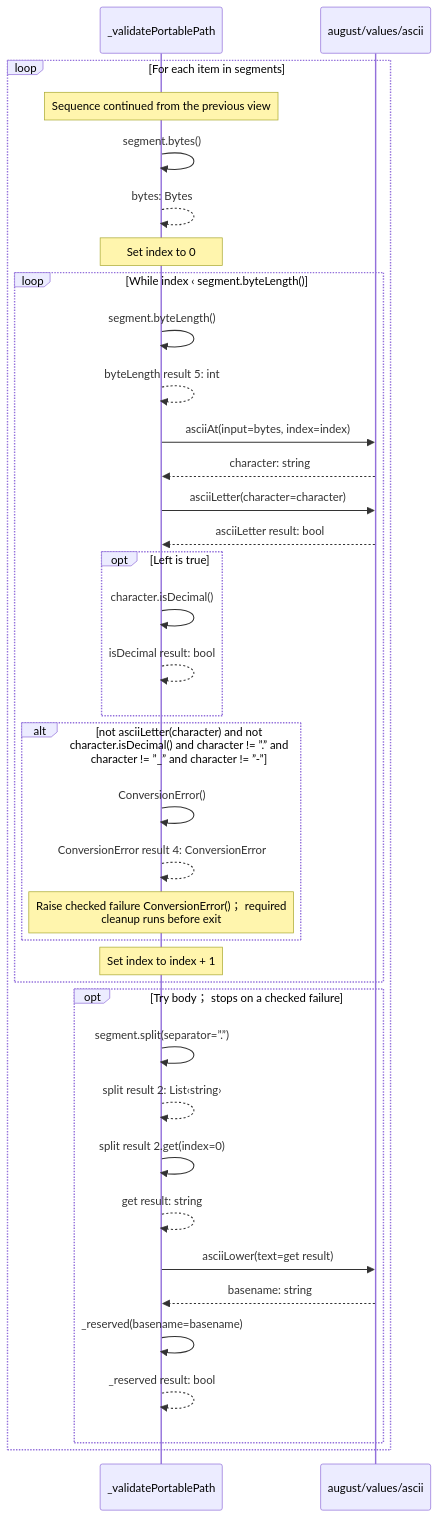
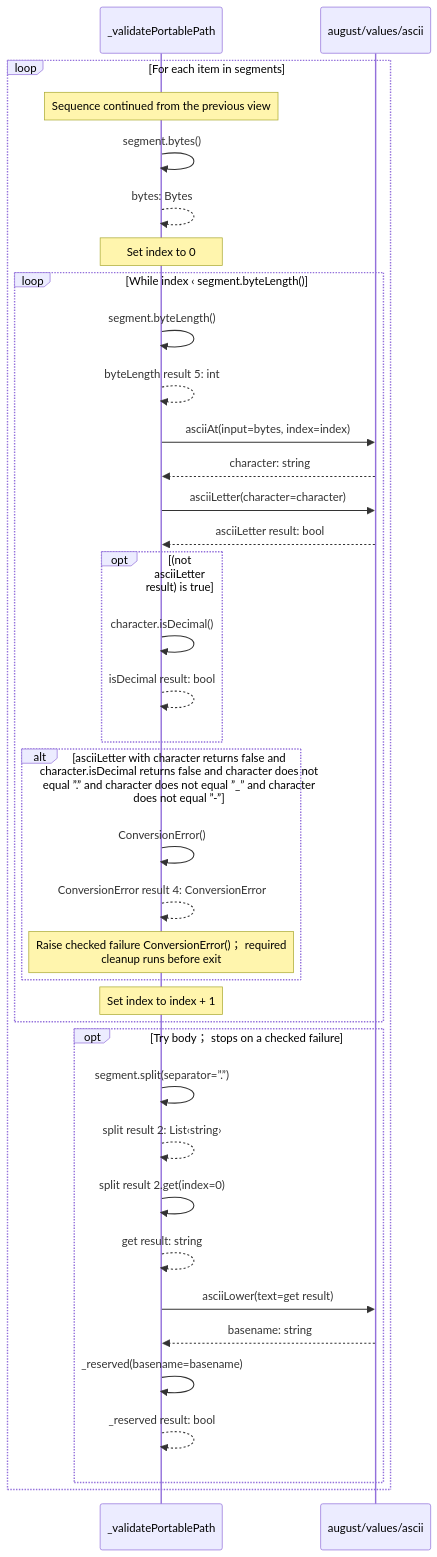
Before and after one commit to GreenPandaStudios/augscript: the sixth of 7 diagrams in src/stdlib/values/paths.aug.diagrams.md, drawn with Mermaid. The commit also changed other lines of this file and 658 other files, not shown here.

````diff
--- a/src/stdlib/values/paths.aug.diagrams.md
+++ b/src/stdlib/values/paths.aug.diagrams.md
@@ -135,39 +164,39 @@
 ```mermaid
 sequenceDiagram
     participant p0 as _validatePortablePath
     participant p1 as august/values/ascii
     loop For each item in segments
     Note over p0: Sequence continued from the previous view
     p0->>p0: segment.bytes()
     p0-->>p0: bytes: Bytes
     Note over p0: Set index to 0
     loop While index ‹ segment.byteLength()
     p0->>p0: segment.byteLength()
     p0-->>p0: byteLength result 5: int
     p0->>p1: asciiAt(input=bytes, index=index)
     p1-->>p0: character: string
     p0->>p1: asciiLetter(character=character)
     p1-->>p0: asciiLetter result: bool
-    opt Left is true
+    opt (not asciiLetter result) is true
     p0->>p0: character.isDecimal()
     p0-->>p0: isDecimal result: bool
     end
-    alt not asciiLetter(character) and not character.isDecimal() and character != ”.” and character != ”_” and character != ”-”
+    alt asciiLetter with character returns false and<br/>character.isDecimal returns false and character does not<br/>equal ”.” and character does not equal ”_” and character<br/>does not equal ”-”
     p0->>p0: ConversionError()
     p0-->>p0: ConversionError result 4: ConversionError
     Note over p0: Raise checked failure ConversionError()； required<br/>cleanup runs before exit
     end
     Note over p0: Set index to index + 1
     end
     opt Try body； stops on a checked failure
     p0->>p0: segment.split(separator=”.”)
     p0-->>p0: split result 2: List‹string›
     p0->>p0: split result 2.get(index=0)
     p0-->>p0: get result: string
     p0->>p1: asciiLower(text=get result)
     p1-->>p0: basename: string
     p0->>p0: _reserved(basename=basename)
     p0-->>p0: _reserved result: bool
     end
     end
 ```
````
